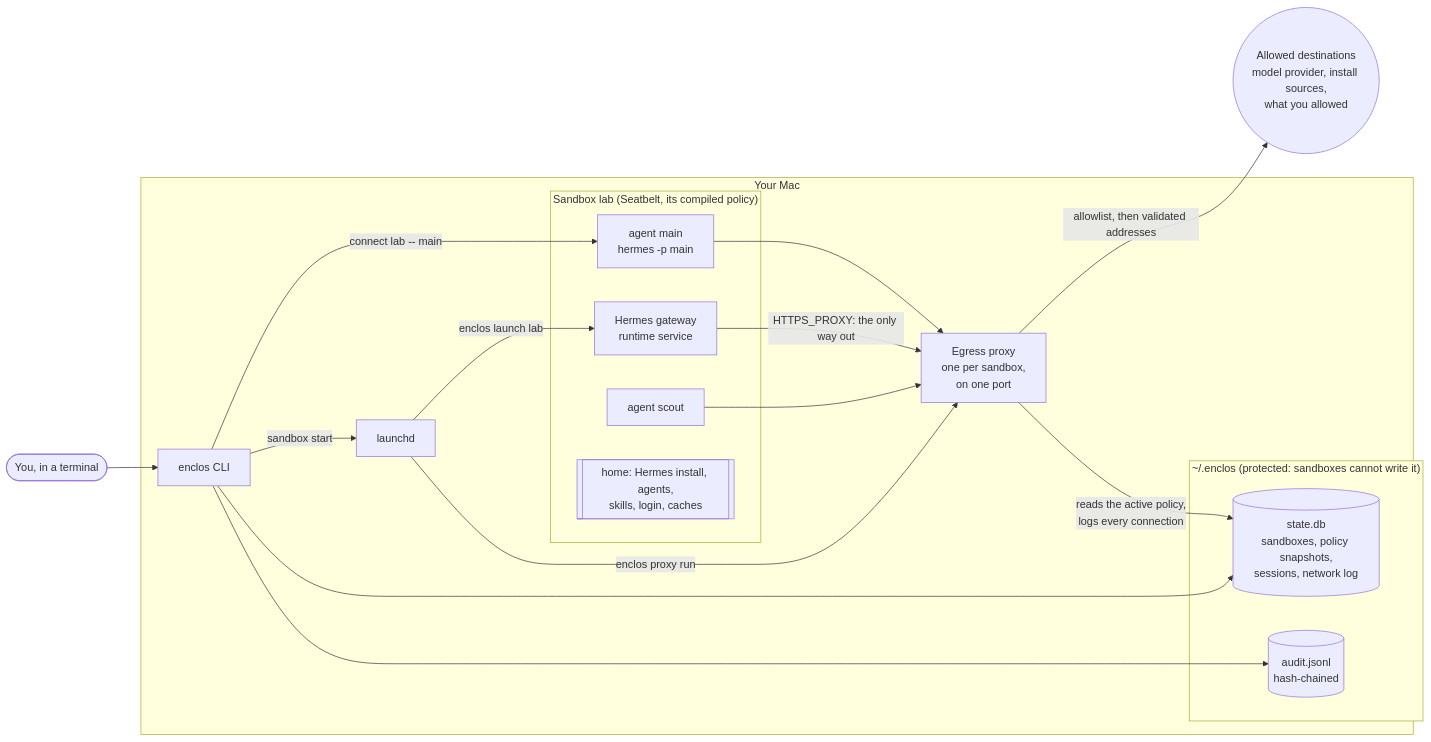
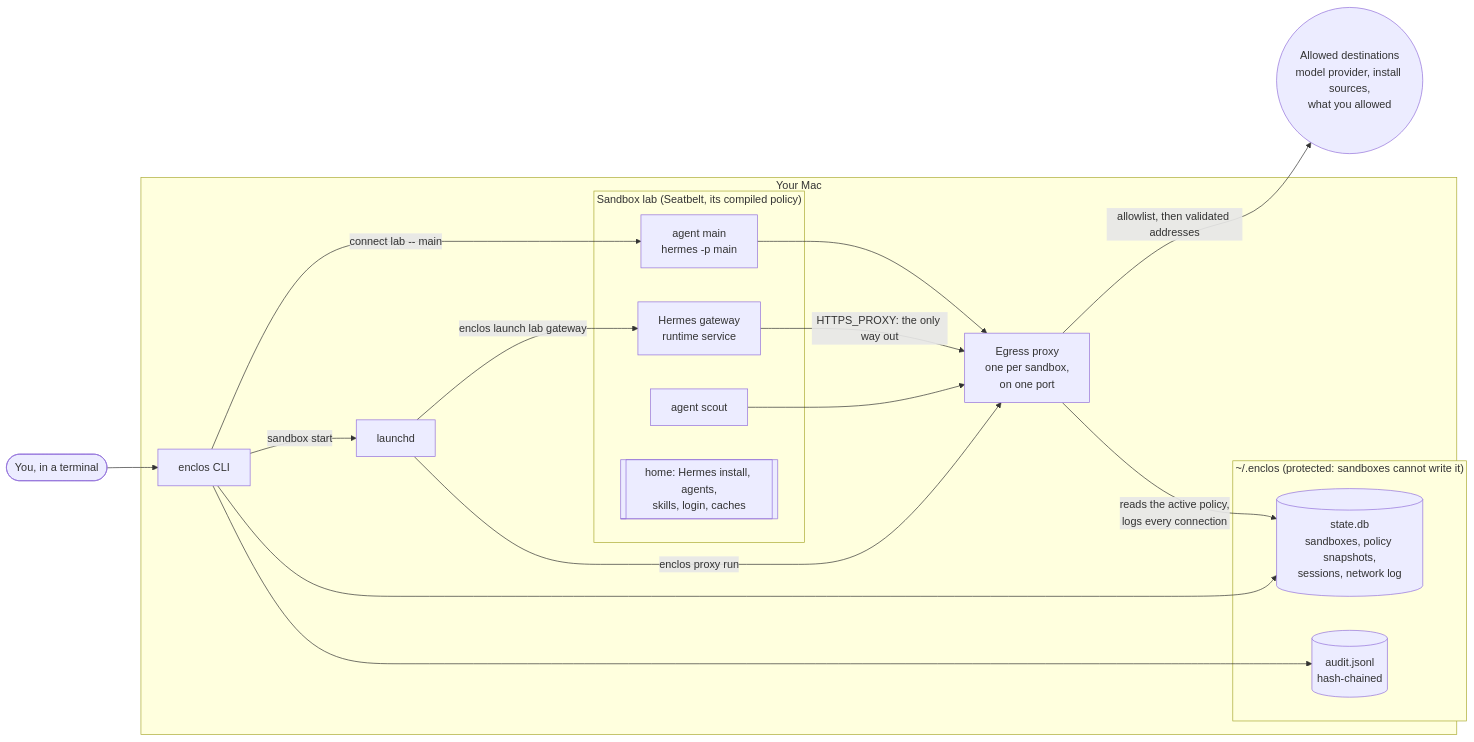
Before and after one commit to victorbonnet/enclos: the first of 3 diagrams in docs/architecture.md, drawn with Mermaid. The commit also changed other lines of this file, not shown here.

First line of the commit message:
docs: the architecture page says services are the runtime's, by name

````diff
--- a/docs/architecture.md
+++ b/docs/architecture.md
@@ -16,36 +16,36 @@
 ```mermaid
 flowchart LR
   you(["You, in a terminal"])
   net(("Allowed destinations<br/>model provider, install sources,<br/>what you allowed"))
 
   subgraph mac["Your Mac"]
     cli["enclos CLI"]
     launchd["launchd"]
     proxy["Egress proxy<br/>one per sandbox,<br/>on one port"]
 
     subgraph data["~/.enclos (protected: sandboxes cannot write it)"]
       state[("state.db<br/>sandboxes, policy snapshots,<br/>sessions, network log")]
       audit[("audit.jsonl<br/>hash-chained")]
     end
 
     subgraph sb["Sandbox lab (Seatbelt, its compiled policy)"]
       gateway["Hermes gateway<br/>runtime service"]
       main["agent main<br/>hermes -p main"]
       scout["agent scout"]
       home[["home: Hermes install, agents,<br/>skills, login, caches"]]
     end
   end
 
   you --> cli
   cli -->|"connect lab -- main"| main
   cli -->|"sandbox start"| launchd
-  launchd -->|"enclos launch lab"| gateway
+  launchd -->|"enclos launch lab gateway"| gateway
   launchd -->|"enclos proxy run"| proxy
   cli --> state
   cli --> audit
   gateway -->|"HTTPS_PROXY: the only way out"| proxy
   main --> proxy
   scout --> proxy
   proxy -->|"allowlist, then validated addresses"| net
   proxy -->|"reads the active policy,<br/>logs every connection"| state
 ```
````
